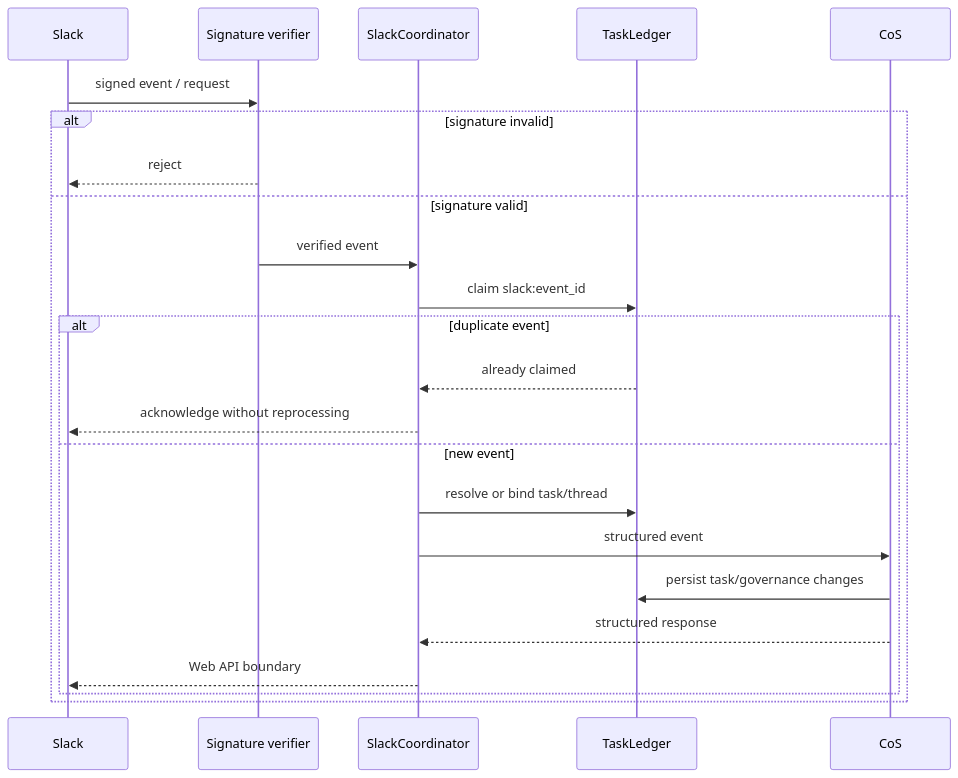
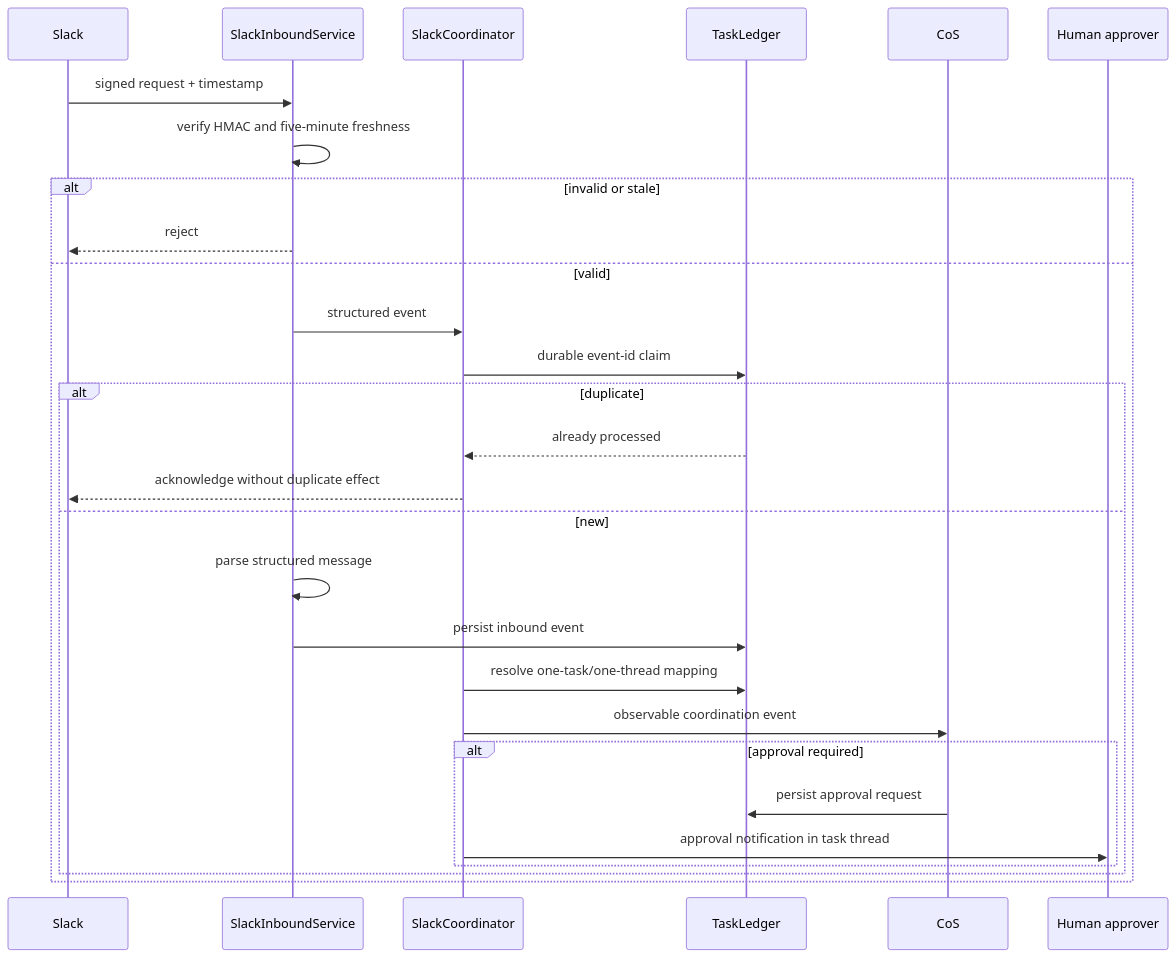
One commit to mkleinbe/mesh-ai-agent-cos-universe changed the diagram in docs/slack-agent-protocol.md. Above: the diagram before and after it, drawn with Mermaid. The commit also changed other lines of this file, not shown here.

Commit message:
docs: align Slack protocol to inbound and approval runtime

````diff
--- a/docs/slack-agent-protocol.md
+++ b/docs/slack-agent-protocol.md
@@ -15,26 +15,31 @@
 ```mermaid
 sequenceDiagram
     participant S as Slack
-    participant V as Signature verifier
+    participant I as SlackInboundService
     participant C as SlackCoordinator
     participant L as TaskLedger
     participant COS as CoS
+    participant H as Human approver
 
-    S->>V: signed event / request
-    alt signature invalid
-        V-->>S: reject
-    else signature valid
-        V->>C: verified event
-        C->>L: claim slack:event_id
-        alt duplicate event
-            L-->>C: already claimed
-            C-->>S: acknowledge without reprocessing
-        else new event
-            C->>L: resolve or bind task/thread
-            C->>COS: structured event
-            COS->>L: persist task/governance changes
-            COS-->>C: structured response
-            C-->>S: Web API boundary
+    S->>I: signed request + timestamp
+    I->>I: verify HMAC and five-minute freshness
+    alt invalid or stale
+        I-->>S: reject
+    else valid
+        I->>C: structured event
+        C->>L: durable event-id claim
+        alt duplicate
+            L-->>C: already processed
+            C-->>S: acknowledge without duplicate effect
+        else new
+            I->>I: parse structured message
+            I->>L: persist inbound event
+            C->>L: resolve one-task/one-thread mapping
+            C->>COS: observable coordination event
+            alt approval required
+                COS->>L: persist approval request
+                C->>H: approval notification in task thread
+            end
         end
     end
 ```
````
